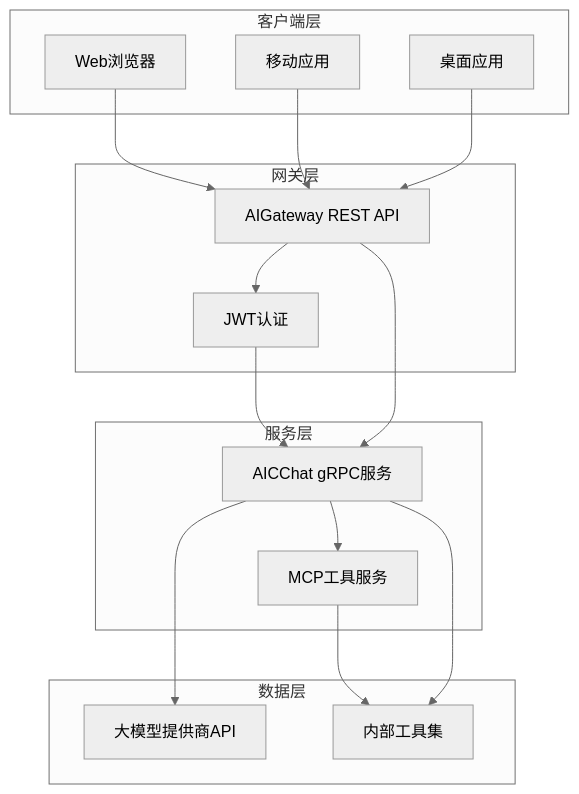
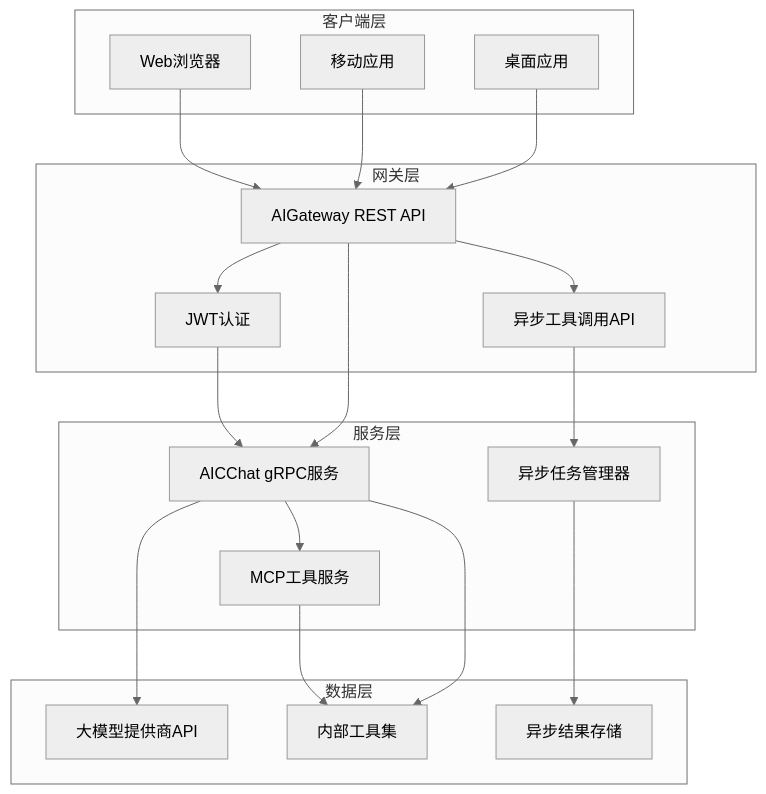
One commit to maomao94/zero-service changed the second of 14 diagrams in .qoder/repowiki/zh/content/AI聊天服务迁移指南.md. Above: the diagram before and after it, drawn with Mermaid (neutral theme). The commit also changed other lines of this file and 42 other files, not shown here.

````diff
--- a/.qoder/repowiki/zh/content/AI聊天服务迁移指南.md
+++ b/.qoder/repowiki/zh/content/AI聊天服务迁移指南.md
@@ -123,30 +148,36 @@
 ```mermaid
 graph TB
 subgraph "客户端层"
 Web[Web浏览器]
 Mobile[移动应用]
 Desktop[桌面应用]
 end
 subgraph "网关层"
 Gateway[AIGateway REST API]
 Auth[JWT认证]
+AsyncAPI[异步工具调用API]
 end
 subgraph "服务层"
 ChatService[AICChat gRPC服务]
 MCPService[MCP工具服务]
+AsyncMgr[异步任务管理器]
 end
 subgraph "数据层"
 Providers[大模型提供商API]
 Tools[内部工具集]
+AsyncStore[异步结果存储]
 end
 Web --> Gateway
 Mobile --> Gateway
 Desktop --> Gateway
 Gateway --> Auth
 Auth --> ChatService
 Gateway --> ChatService
+Gateway --> AsyncAPI
+AsyncAPI --> AsyncMgr
 ChatService --> MCPService
 ChatService --> Providers
 MCPService --> Tools
+AsyncMgr --> AsyncStore
 ChatService --> Tools
 ```
````
